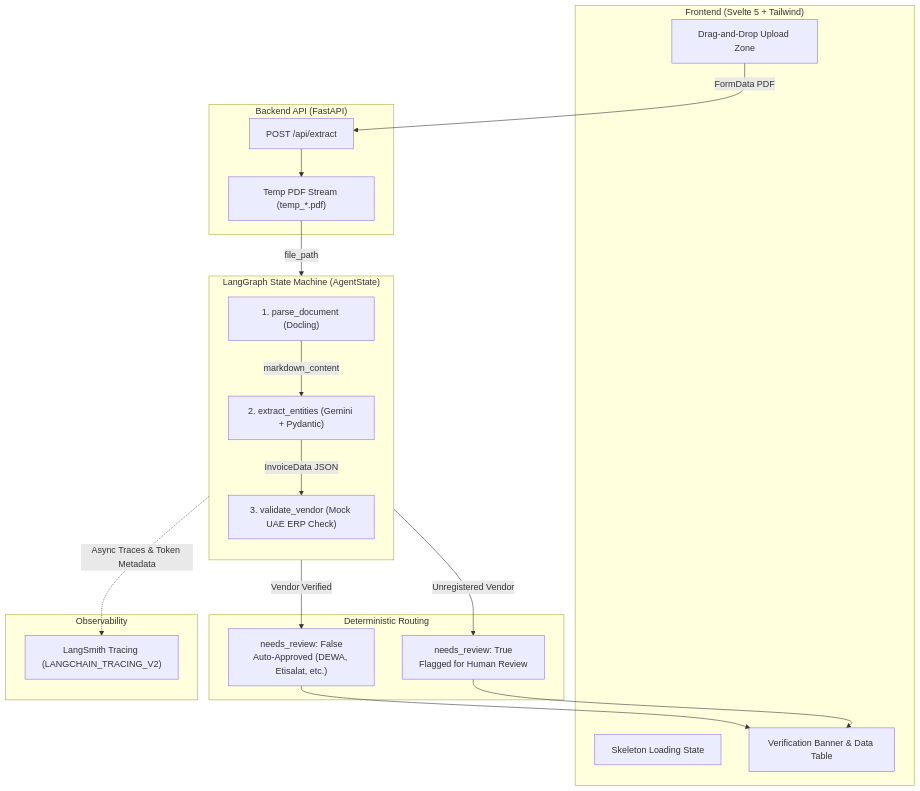
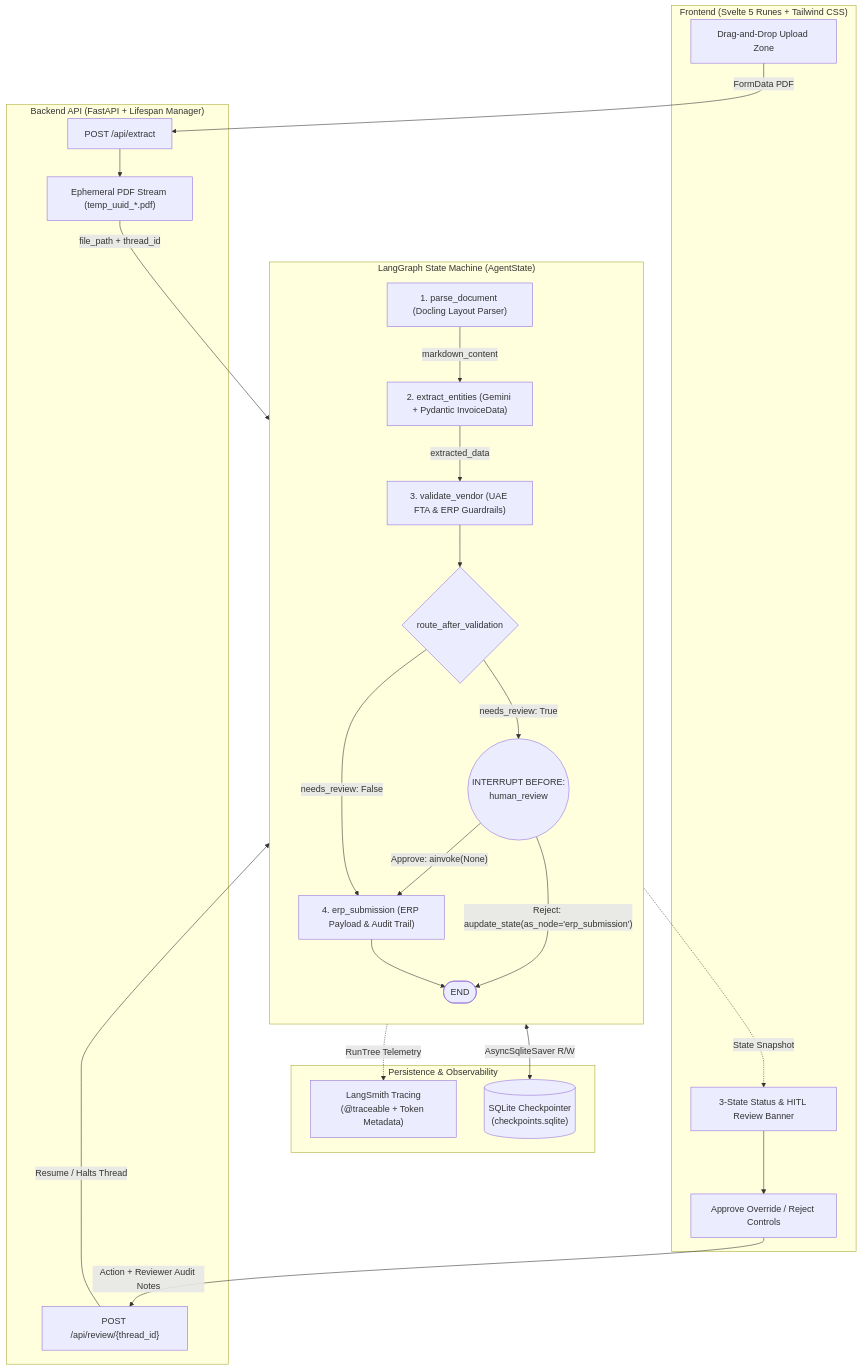
One commit to TherealArav/agentic_policy_invoice changed the diagram in README.md. Above: the diagram before and after it, drawn with Mermaid. The commit also changed other lines of this file and 1 other file, not shown here.

Commit message:
feat: Changed PYTEST validation to cover all cases, updated README file to latest code base

````diff
--- a/README.md
+++ b/README.md
@@ -9,41 +16,49 @@
 ```mermaid
 flowchart TB
-    subgraph Client ["Frontend (Svelte 5 + Tailwind)"]
-        UI[Drag-and-Drop Upload Zone]
-        Skeleton[Skeleton Loading State]
-        Banner[Verification Banner & Data Table]
+    subgraph Client ["Frontend (Svelte 5 Runes + Tailwind CSS)"]
+        UI["Drag-and-Drop Upload Zone"]
+        Banner["3-State Status & HITL Review Banner"]
+        Actions["Approve Override / Reject Controls"]
     end
 
-    subgraph API ["Backend API (FastAPI)"]
-        Endpoint["POST /api/extract"]
-        TempFile["Temp PDF Stream (temp_*.pdf)"]
+    subgraph API ["Backend API (FastAPI + Lifespan Manager)"]
+        ExtractEP["POST /api/extract"]
+        ReviewEP["POST /api/review/{thread_id}"]
+        TempFile["Ephemeral PDF Stream (temp_uuid_*.pdf)"]
     end
 
     subgraph Agent ["LangGraph State Machine (AgentState)"]
         direction TB
-        Node1["1. parse_document (Docling)"]
-        Node2["2. extract_entities (Gemini + Pydantic)"]
-        Node3["3. validate_vendor (Mock UAE ERP Check)"]
+        Node1["1. parse_document (Docling Layout Parser)"]
+        Node2["2. extract_entities (Gemini + Pydantic InvoiceData)"]
+        Node3["3. validate_vendor (UAE FTA & ERP Guardrails)"]
+        Router{"route_after_validation"}
+        HitlNode(("INTERRUPT BEFORE:<br/>human_review"))
+        ErpNode["4. erp_submission (ERP Payload & Audit Trail)"]
+        EndNode(["END"])
 
         Node1 -->|markdown_content| Node2
-        Node2 -->|InvoiceData JSON| Node3
+        Node2 -->|extracted_data| Node3
+        Node3 --> Router
+        Router -->|"needs_review: False"| ErpNode
+        Router -->|"needs_review: True"| HitlNode
+        HitlNode -->|"Approve: ainvoke(None)"| ErpNode
+        HitlNode -->|"Reject: aupdate_state(as_node='erp_submission')"| EndNode
+        ErpNode --> EndNode
     end
 
-    subgraph Outcomes ["Deterministic Routing"]
-        Pass["needs_review: False<br/>Auto-Approved (DEWA, Etisalat, etc.)"]
-        Fail["needs_review: True<br/>Flagged for Human Review"]
+    subgraph Storage ["Persistence & Observability"]
+        SQLite[("SQLite Checkpointer<br/>(checkpoints.sqlite)")]
+        LangSmith["LangSmith Tracing<br/>(@traceable + Token Metadata)"]
     end
 
-    subgraph Telemetry ["Observability"]
-        LangSmith["LangSmith Tracing (LANGCHAIN_TRACING_V2)"]
-    end
-
-    UI -->|FormData PDF| Endpoint
-    Endpoint --> TempFile
-    TempFile -->|file_path| Node1
-    Node3 -->|Vendor Verified| Pass
-    Node3 -->|Unregistered Vendor| Fail
-    Pass --> Banner
-    Fail --> Banner
-    Agent -.->|Async Traces & Token Metadata| LangSmith
+    UI -->|"FormData PDF"| ExtractEP
+    ExtractEP --> TempFile
+    TempFile -->|"file_path + thread_id"| Node1
+    Node3 -.->|"State Snapshot"| Banner
+    Banner --> Actions
+    Actions -->|"Action + Reviewer Audit Notes"| ReviewEP
+    ReviewEP -->|"Resume / Halts Thread"| HitlNode
+    Agent <-->|"AsyncSqliteSaver R/W"| SQLite
+    Agent -.->|"RunTree Telemetry"| LangSmith
 ```
````
